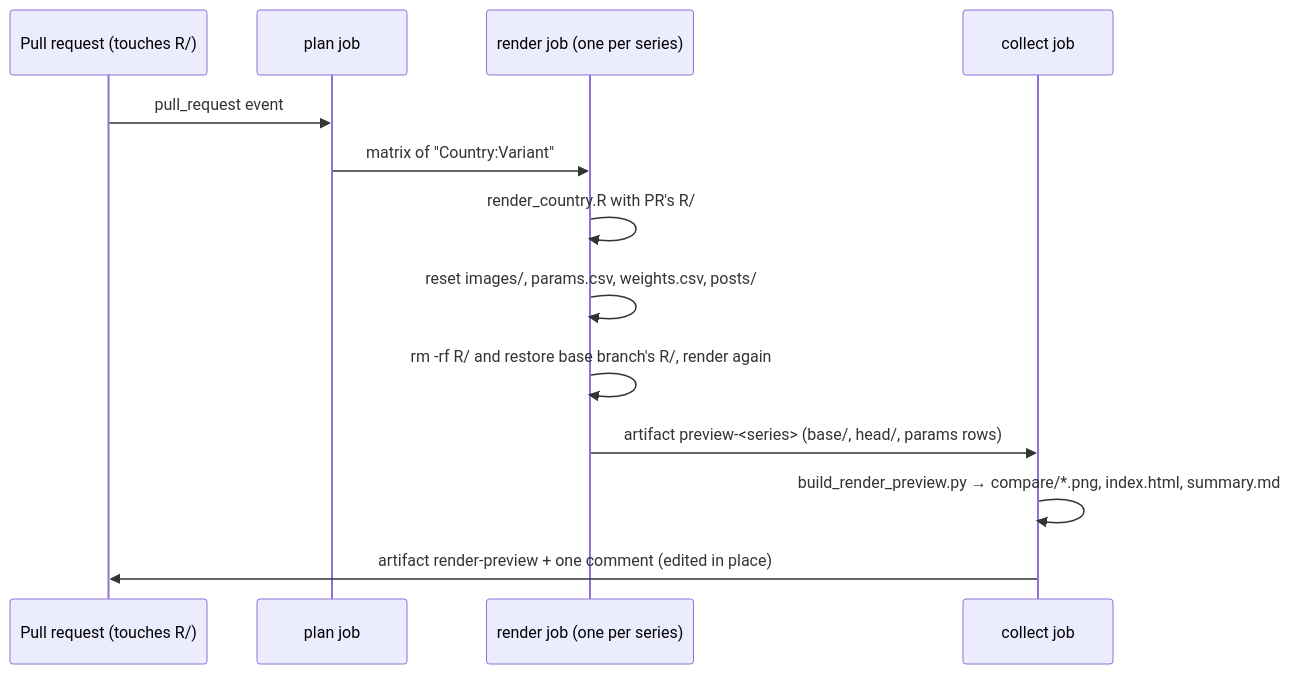
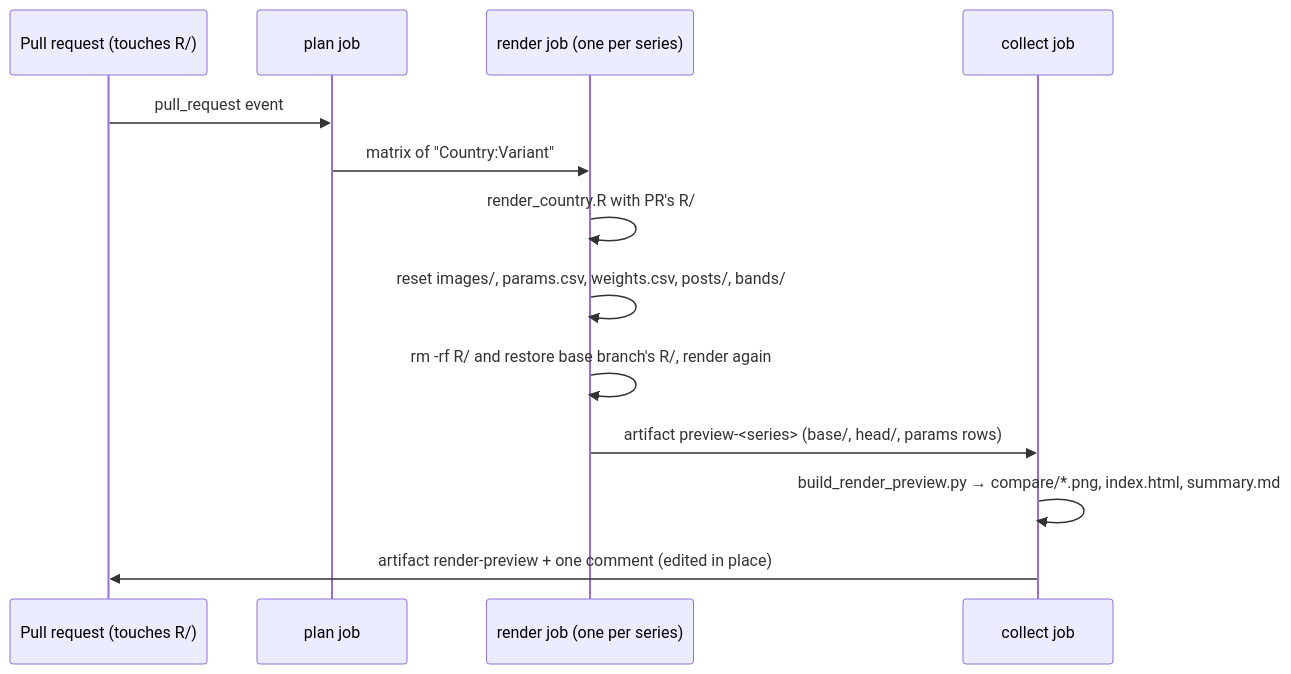
One commit to LeRaffl/LeRaffl-Gallery changed diagram 26 of 26 in docs/architecture/05-flows.md. Above: the diagram before and after it, drawn with Mermaid. The commit also changed other lines of this file and 19 other files, not shown here.

````diff
--- a/docs/architecture/05-flows.md
+++ b/docs/architecture/05-flows.md
@@ -1409,15 +1410,15 @@
 ```mermaid
 sequenceDiagram
     participant PR as Pull request (touches R/)
     participant Plan as plan job
     participant R as render job (one per series)
     participant C as collect job
     PR->>Plan: pull_request event
     Plan->>R: matrix of "Country:Variant"
     R->>R: render_country.R with PR's R/
-    R->>R: reset images/, params.csv, weights.csv, posts/
+    R->>R: reset images/, params.csv, weights.csv, posts/, bands/
     R->>R: rm -rf R/ and restore base branch's R/, render again
     R->>C: artifact preview-<series> (base/, head/, params rows)
     C->>C: build_render_preview.py → compare/*.png, index.html, summary.md
     C->>PR: artifact render-preview + one comment (edited in place)
 ```
````
